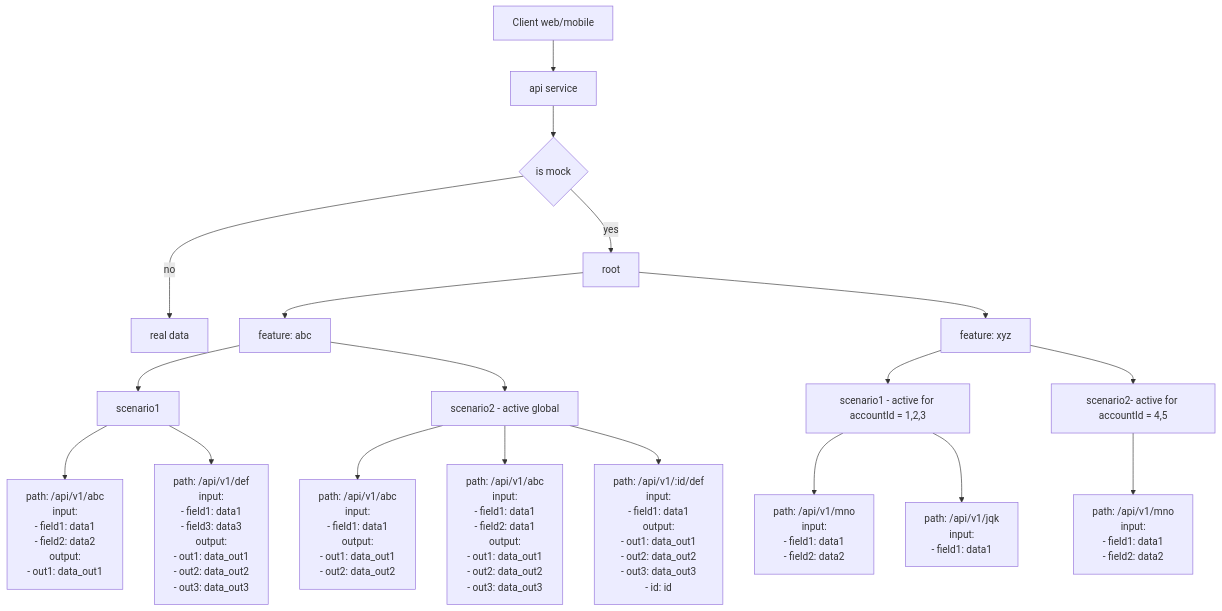
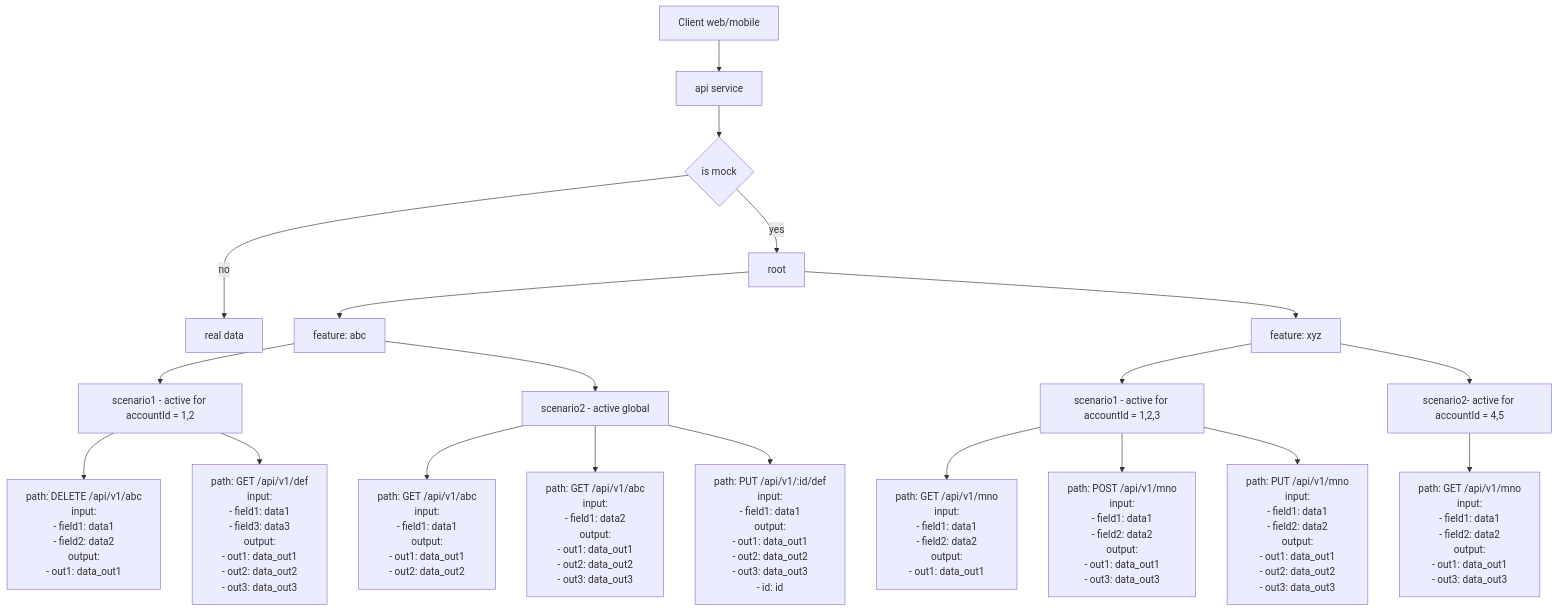
One commit to NamNV2496/mocktool changed the diagram in README.md. Above: the diagram before and after it, drawn with Mermaid. The commit also changed other lines of this file and 2 other files, not shown here.

````diff
--- a/README.md
+++ b/README.md
@@ -24,32 +24,33 @@
 ```mermaid
 flowchart TB
     Client[Client web/mobile] --> API[api service]
 
     API --> ISMOCK{is mock}
     ISMOCK -- no ---> REAL[real data]
     ISMOCK -- yes --> ROOT[root]
 
 
     %% Feature abc
     ROOT --> ABC[feature: abc]
-    ABC --> ABC_S1[scenario1]
+    ABC --> ABC_S1[scenario1 - active for accountId = 1,2]
     ABC --> ABC_S2[scenario2 - active global]
 
-    ABC_S1 --> ABC_S1_P1["path: /api/v1/abc<br/>input:<br/>- field1: data1<br/>- field2: data2<br/>output:<br/>- out1: data_out1"]
-    ABC_S1 --> ABC_S1_P2["path: /api/v1/def<br/>input:<br/>- field1: data1<br/>- field3: data3<br/>output:<br/>- out1: data_out1<br/>- out2: data_out2<br/>- out3: data_out3"]
+    ABC_S1 --> ABC_S1_P1["path: DELETE /api/v1/abc<br/>input:<br/>- field1: data1<br/>- field2: data2<br/>output:<br/>- out1: data_out1"]
+    ABC_S1 --> ABC_S1_P2["path: GET /api/v1/def<br/>input:<br/>- field1: data1<br/>- field3: data3<br/>output:<br/>- out1: data_out1<br/>- out2: data_out2<br/>- out3: data_out3"]
 
-    ABC_S2 --> ABC_S2_P1["path: /api/v1/abc<br/>input:<br/>- field1: data1<br/>output:<br/>- out1: data_out1<br/>- out2: data_out2"]
-    ABC_S2 --> ABC_S2_P2["path: /api/v1/abc<br/>input:<br/>- field1: data1<br/>- field2: data1<br/>output:<br/>- out1: data_out1<br/>- out2: data_out2<br/>- out3: data_out3"]
-    ABC_S2 --> ABC_S2_P3["path: /api/v1/:id/def<br/>input:<br/>- field1: data1<br/>output:<br/>- out1: data_out1<br/>- out2: data_out2<br/>- out3: data_out3<br/>- id: id"]
+    ABC_S2 --> ABC_S2_P1["path: GET /api/v1/abc<br/>input:<br/>- field1: data1<br/>output:<br/>- out1: data_out1<br/>- out2: data_out2"]
+    ABC_S2 --> ABC_S2_P2["path: GET /api/v1/abc<br/>input:<br/>- field1: data2<br/>output:<br/>- out1: data_out1<br/>- out2: data_out2<br/>- out3: data_out3"]
+    ABC_S2 --> ABC_S2_P3["path: PUT /api/v1/:id/def<br/>input:<br/>- field1: data1<br/>output:<br/>- out1: data_out1<br/>- out2: data_out2<br/>- out3: data_out3<br/>- id: id"]
 
     %% Feature xyz
     ROOT --> XYZ[feature: xyz]
     XYZ --> XYZ_S1[scenario1 - active for accountId = 1,2,3]
     XYZ --> XYZ_S2[scenario2- active for accountId = 4,5]
 
-    XYZ_S1 --> XYZ_S1_P1["path: /api/v1/mno<br/>input:<br/>- field1: data1<br/>- field2: data2"]
-    XYZ_S1 --> XYZ_S1_P2["path: /api/v1/jqk<br/>input:<br/>- field1: data1<br/>"]
+    XYZ_S1 --> XYZ_S1_P1["path: GET /api/v1/mno<br/>input:<br/>- field1: data1<br/>- field2: data2<br/>output:<br/>- out1: data_out1"]
+    XYZ_S1 --> XYZ_S1_P2["path: POST /api/v1/mno<br/>input:<br/>- field1: data1<br/>- field2: data2<br/>output:<br/>- out1: data_out1<br/>- out3: data_out3"]
+    XYZ_S1 --> XYZ_S1_P3["path: PUT /api/v1/mno<br/>input:<br/>- field1: data1<br/>- field2: data2<br/>output:<br/>- out1: data_out1<br/>- out2: data_out2<br/>- out3: data_out3"]
 
-    XYZ_S2 --> XYZ_S2_P1["path: /api/v1/mno<br/>input:<br/>- field1: data1<br/>- field2: data2"]
+    XYZ_S2 --> XYZ_S2_P1["path: GET /api/v1/mno<br/>input:<br/>- field1: data1<br/>- field2: data2<br/>output:<br/>- out1: data_out1<br/>- out3: data_out3"]
 
 ```
````
